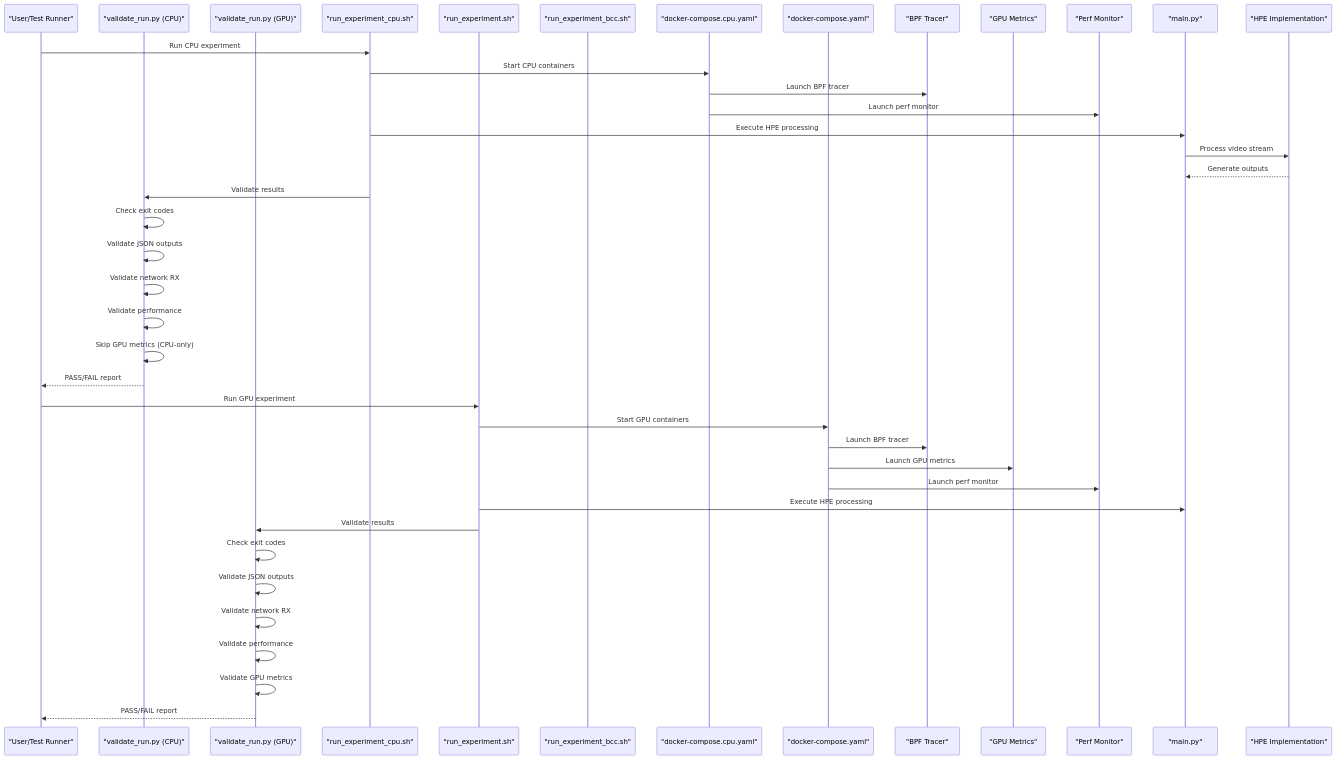
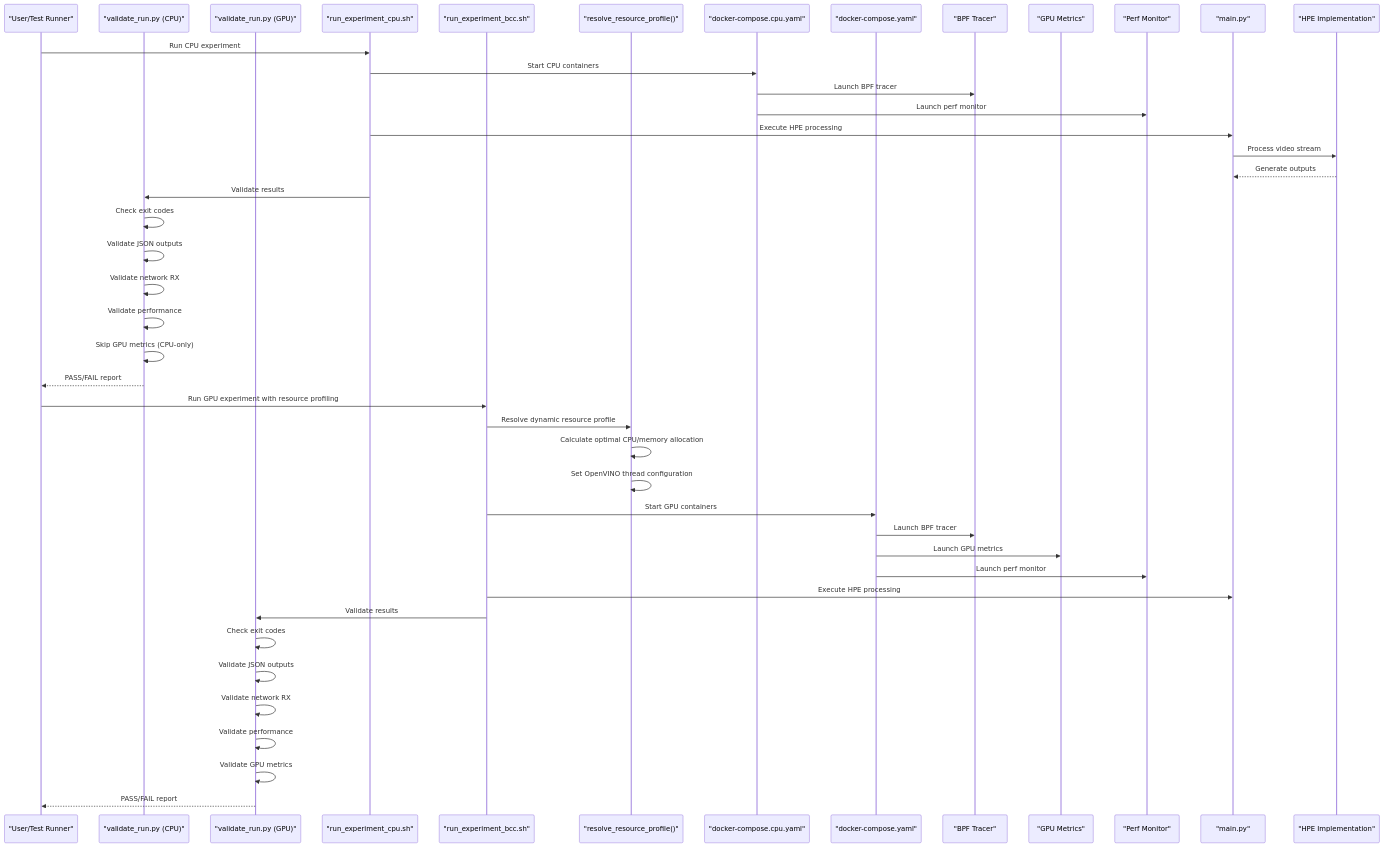
One commit to Fogus-Gr/MeasurementsDTs changed the second of 9 diagrams in .qoder/repowiki/en/content/Development Tools/Testing and Validation.md. Above: the diagram before and after it, drawn with Mermaid. The commit also changed other lines of this file and 7 other files, not shown here.

````diff
--- a/.qoder/repowiki/en/content/Development Tools/Testing and Validation.md
+++ b/.qoder/repowiki/en/content/Development Tools/Testing and Validation.md
@@ -246,43 +239,46 @@
 ```mermaid
 sequenceDiagram
 participant User as "User/Test Runner"
 participant VRC as "validate_run.py (CPU)"
 participant VR as "validate_run.py (GPU)"
 participant REC as "run_experiment_cpu.sh"
-participant RE as "run_experiment.sh"
 participant REB as "run_experiment_bcc.sh"
+participant RP as "resolve_resource_profile()"
 participant DCC as "docker-compose.cpu.yaml"
 participant DC as "docker-compose.yaml"
 participant BT as "BPF Tracer"
 participant GM as "GPU Metrics"
 participant PM as "Perf Monitor"
 participant Main as "main.py"
 participant Impl as "HPE Implementation"
 User->>REC : Run CPU experiment
 REC->>DCC : Start CPU containers
 DCC->>BT : Launch BPF tracer
 DCC->>PM : Launch perf monitor
 REC->>Main : Execute HPE processing
 Main->>Impl : Process video stream
 Impl-->>Main : Generate outputs
 REC->>VRC : Validate results
 VRC->>VRC : Check exit codes
 VRC->>VRC : Validate JSON outputs
 VRC->>VRC : Validate network RX
 VRC->>VRC : Validate performance
 VRC->>VRC : Skip GPU metrics (CPU-only)
 VRC-->>User : PASS/FAIL report
-User->>RE : Run GPU experiment
-RE->>DC : Start GPU containers
+User->>REB : Run GPU experiment with resource profiling
+REB->>RP : Resolve dynamic resource profile
+RP->>RP : Calculate optimal CPU/memory allocation
+RP->>RP : Set OpenVINO thread configuration
+REB->>DC : Start GPU containers
 DC->>BT : Launch BPF tracer
 DC->>GM : Launch GPU metrics
 DC->>PM : Launch perf monitor
-RE->>Main : Execute HPE processing
-RE->>VR : Validate results
+REB->>Main : Execute HPE processing
+REB->>VR : Validate results
 VR->>VR : Check exit codes
 VR->>VR : Validate JSON outputs
 VR->>VR : Validate network RX
 VR->>VR : Validate performance
 VR->>VR : Validate GPU metrics
 VR-->>User : PASS/FAIL report
 ```
````
